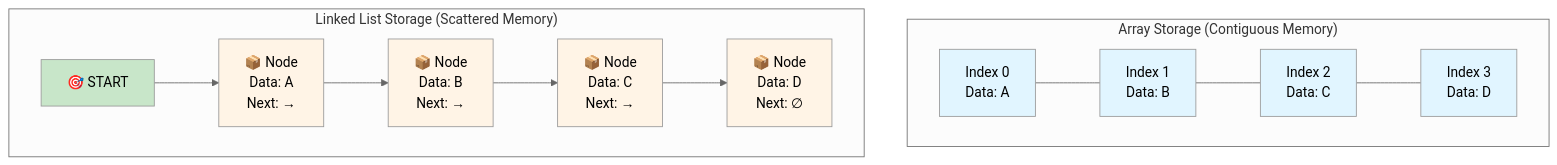
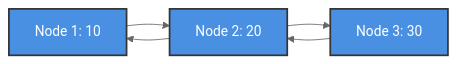
The eighth of 54 diagrams in Chapter 5 - Linked Lists/README.md (M-F-Tushar/CSE-2101-Data-Structure), drawn with Mermaid (neutral theme) before and after one commit. The commit also changed other lines of this file, not shown here.

````diff
--- a/Chapter 5 - Linked Lists/README.md
+++ b/Chapter 5 - Linked Lists/README.md
@@ -208,24 +725,11 @@
 ```mermaid
-graph TB
-    subgraph "Array Storage (Contiguous Memory)"
-        A1["Index 0<br/>Data: A"] --- A2["Index 1<br/>Data: B"]
-        A2 --- A3["Index 2<br/>Data: C"]
-        A3 --- A4["Index 3<br/>Data: D"]
-        style A1 fill:#e1f5ff
-        style A2 fill:#e1f5ff
-        style A3 fill:#e1f5ff
-        style A4 fill:#e1f5ff
-    end
+graph LR
+    A["Node 1: 10"] --> B["Node 2: 20"]
+    B --> A
+    B --> C["Node 3: 30"]
+    C --> B
     
-    subgraph "Linked List Storage (Scattered Memory)"
-        L1["📦 Node<br/>Data: A<br/>Next: →"] --> L3["📦 Node<br/>Data: B<br/>Next: →"]
-        L3 --> L2["📦 Node<br/>Data: C<br/>Next: →"]
-        L2 --> L4["📦 Node<br/>Data: D<br/>Next: ∅"]
-        START["🎯 START"] --> L1
-        style L1 fill:#fff4e6
-        style L2 fill:#fff4e6
-        style L3 fill:#fff4e6
-        style L4 fill:#fff4e6
-        style START fill:#c8e6c9
-    end
+    style A fill:#4A90E2,stroke:#333,stroke-width:2px,color:#fff
+    style B fill:#4A90E2,stroke:#333,stroke-width:2px,color:#fff
+    style C fill:#4A90E2,stroke:#333,stroke-width:2px,color:#fff
 ```
````
